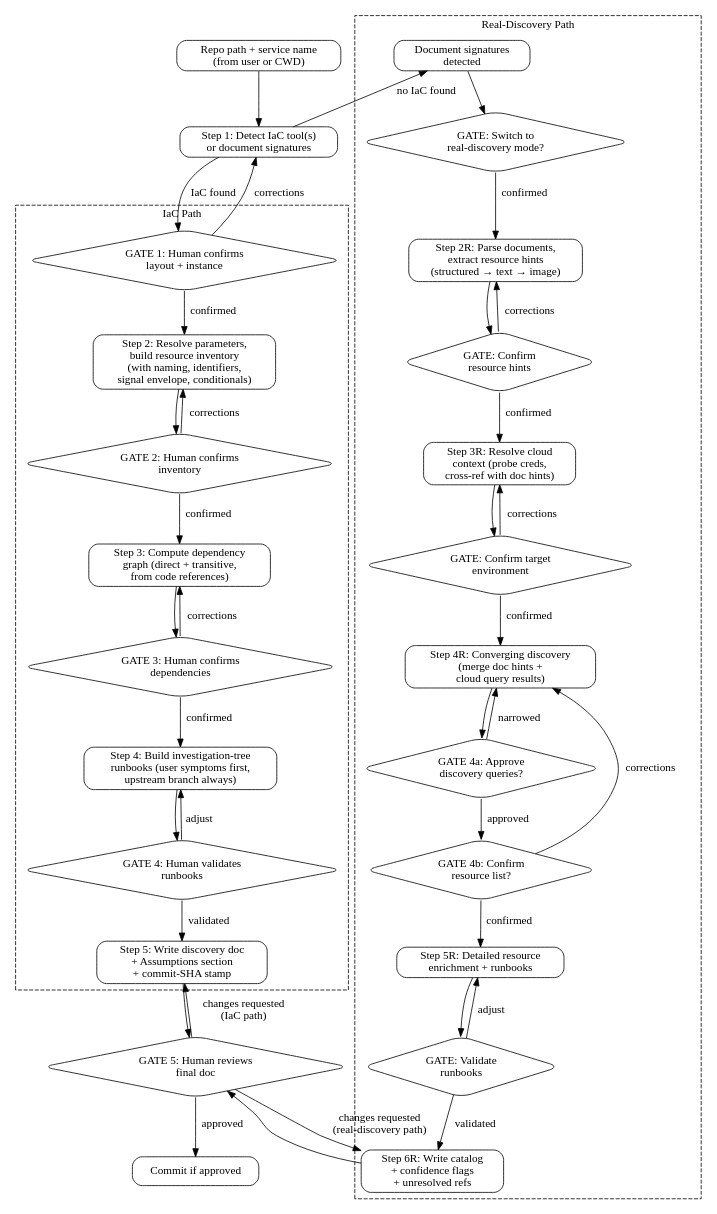
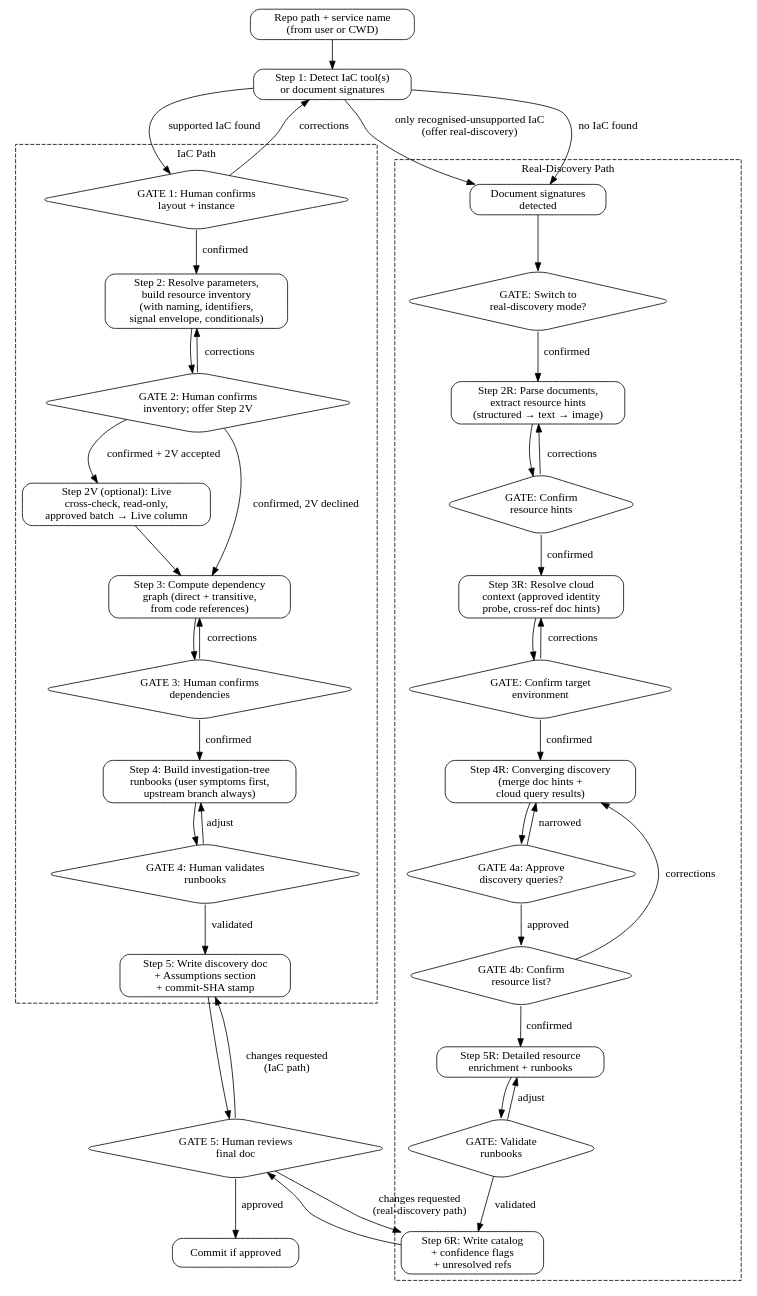
One commit to culiops/culiops-agent changed the diagram in skills/service-discovery/SKILL.md. Above: the diagram before and after it, drawn with Graphviz. The commit also changed other lines of this file and 102 other files, not shown here.

```diff
--- a/skills/service-discovery/SKILL.md
+++ b/skills/service-discovery/SKILL.md
@@ -86,7 +101,8 @@
 
         gate1    [label="GATE 1: Human confirms\nlayout + instance", shape=diamond];
         inventory [label="Step 2: Resolve parameters,\nbuild resource inventory\n(with naming, identifiers,\nsignal envelope, conditionals)"];
-        gate2    [label="GATE 2: Human confirms\ninventory", shape=diamond];
+        gate2    [label="GATE 2: Human confirms\ninventory; offer Step 2V", shape=diamond];
+        verify   [label="Step 2V (optional): Live\ncross-check, read-only,\napproved batch → Live column"];
         deps     [label="Step 3: Compute dependency\ngraph (direct + transitive,\nfrom code references)"];
         gate3    [label="GATE 3: Human confirms\ndependencies", shape=diamond];
         runbooks [label="Step 4: Build investigation-tree\nrunbooks (user symptoms first,\nupstream branch always)"];
@@ -102,7 +118,7 @@
         gateR1   [label="GATE: Switch to\nreal-discovery mode?", shape=diamond];
         parse    [label="Step 2R: Parse documents,\nextract resource hints\n(structured → text → image)"];
         gateR2   [label="GATE: Confirm\nresource hints", shape=diamond];
-        context  [label="Step 3R: Resolve cloud\ncontext (probe creds,\ncross-ref with doc hints)"];
+        context  [label="Step 3R: Resolve cloud\ncontext (approved identity\nprobe, cross-ref doc hints)"];
         gateR3   [label="GATE: Confirm target\nenvironment", shape=diamond];
         converge [label="Step 4R: Converging discovery\n(merge doc hints +\ncloud query results)"];
         gateR4a  [label="GATE 4a: Approve\ndiscovery queries?", shape=diamond];
@@ -116,13 +132,16 @@
     commit   [label="Commit if approved"];
 
     input -> detect;
-    detect -> gate1     [label="IaC found"];
+    detect -> gate1     [label="supported IaC found"];
+    detect -> docroute  [label="only recognised-unsupported IaC\n(offer real-discovery)"];
     detect -> docroute  [label="no IaC found"];
 
     gate1 -> inventory  [label="confirmed"];
     gate1 -> detect     [label="corrections"];
     inventory -> gate2;
-    gate2 -> deps       [label="confirmed"];
+    gate2 -> verify     [label="confirmed + 2V accepted"];
+    gate2 -> deps       [label="confirmed, 2V declined"];
+    verify -> deps;
     gate2 -> inventory  [label="corrections"];
     deps -> gate3;
     gate3 -> runbooks   [label="confirmed"];
```
